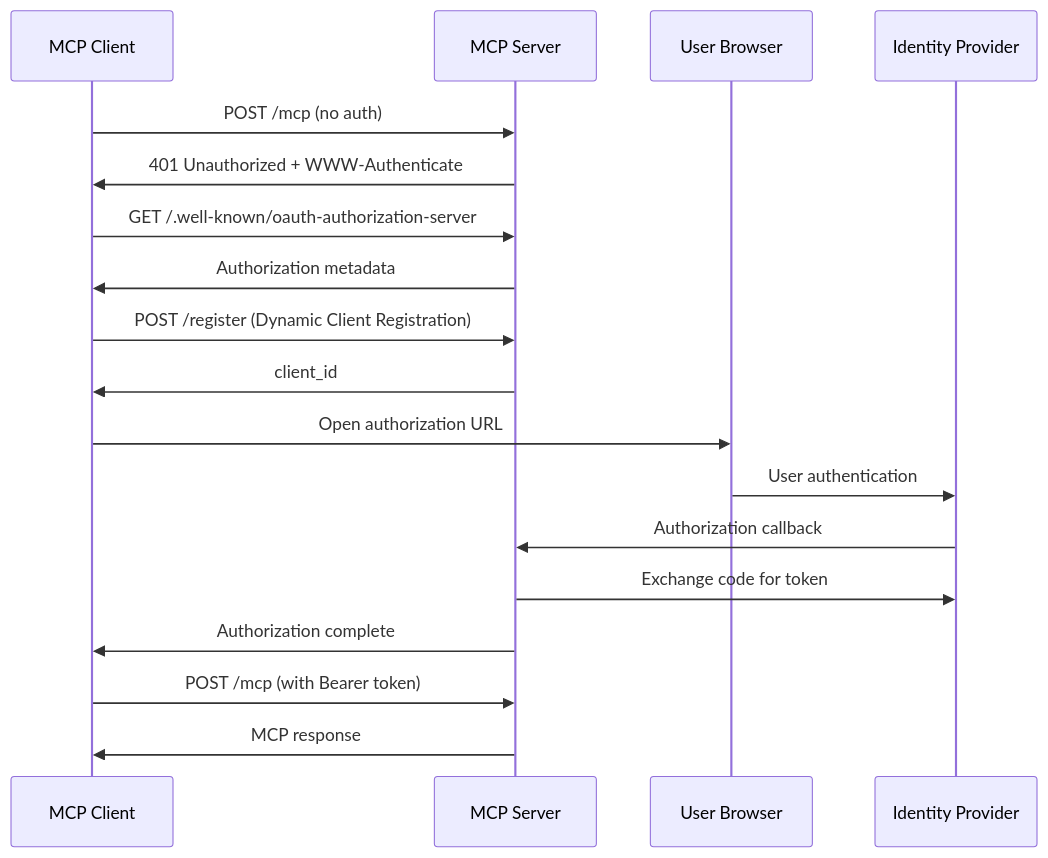
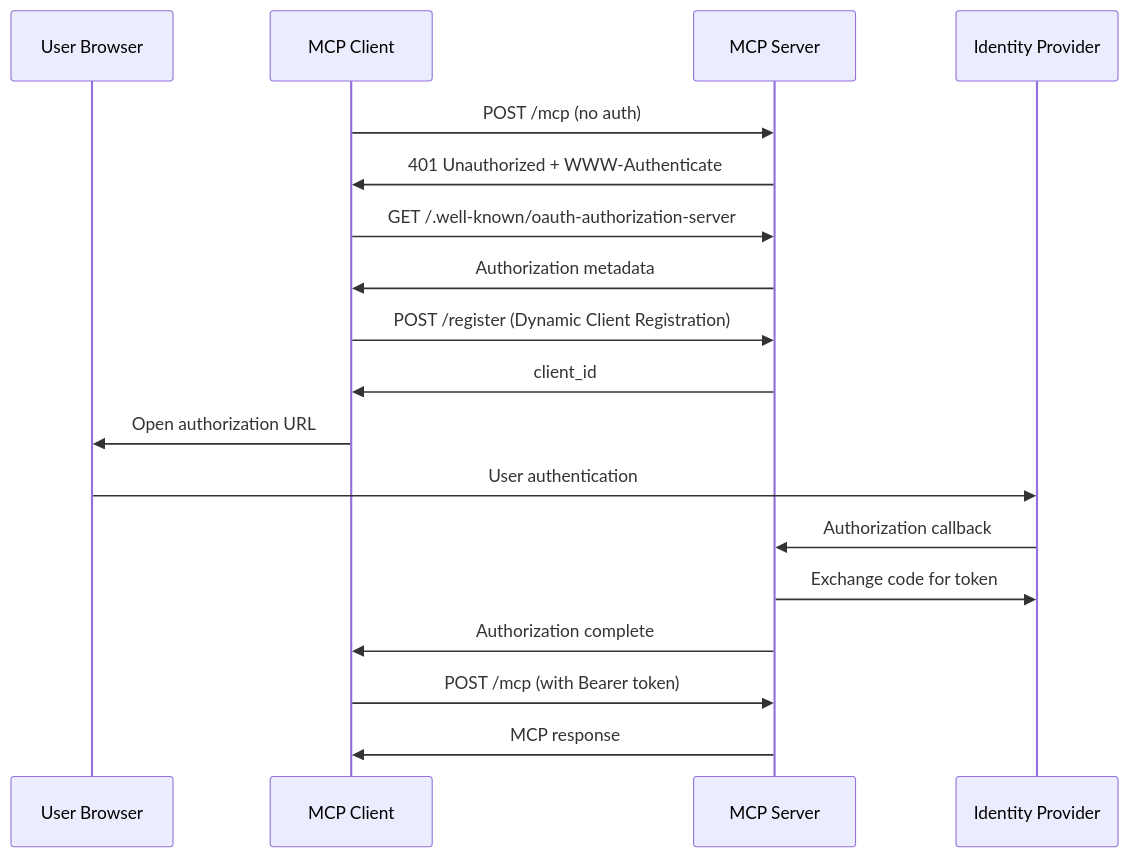
Before and after one commit to ca-risken/risken-mcp-server: the diagram in README.md, drawn with Mermaid. The commit also changed other lines of this file, not shown here.

````diff
--- a/README.md
+++ b/README.md
@@ -135,21 +135,21 @@
 ```mermaid
 sequenceDiagram
+    participant Browser as User Browser
     participant Client as MCP Client
     participant Server as MCP Server
-    participant Browser as User Browser
     participant IdP as Identity Provider
 
     Client->>Server: POST /mcp (no auth)
     Server->>Client: 401 Unauthorized + WWW-Authenticate
     Client->>Server: GET /.well-known/oauth-authorization-server
     Server->>Client: Authorization metadata
     Client->>Server: POST /register (Dynamic Client Registration)
     Server->>Client: client_id
     Client->>Browser: Open authorization URL
     Browser->>IdP: User authentication
     IdP->>Server: Authorization callback
     Server->>IdP: Exchange code for token
     Server->>Client: Authorization complete
     Client->>Server: POST /mcp (with Bearer token)
     Server->>Client: MCP response
 ```
````
